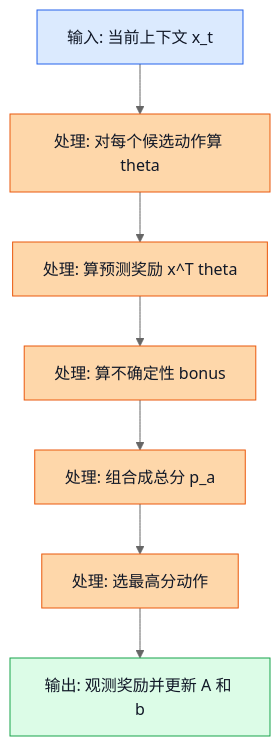
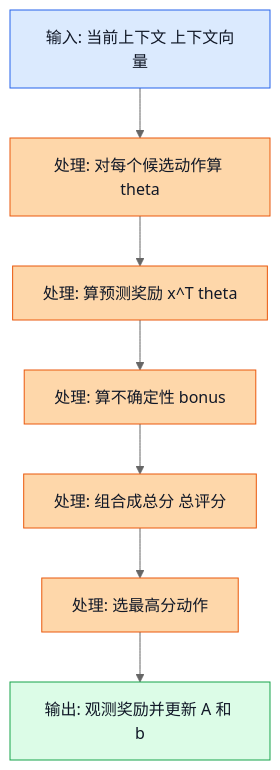
Before and after one commit to Mrphase/RL-Doc: the third of 6 diagrams in learn/05_Contextual_Bandits.md, drawn with Mermaid (neutral theme). The commit also changed other lines of this file and 14 other files, not shown here.

First line of the commit message:
fix: clean mermaid labels in learn docs

````diff
--- a/learn/05_Contextual_Bandits.md
+++ b/learn/05_Contextual_Bandits.md
@@ -380,17 +380,17 @@
 ```mermaid
 flowchart TD
-    A[输入: 当前上下文 x_t] --> B[处理: 对每个候选动作算 theta]
+    A[输入: 当前上下文 上下文向量] --> B[处理: 对每个候选动作算 theta]
     B --> C[处理: 算预测奖励 x^T theta]
     C --> D[处理: 算不确定性 bonus]
-    D --> E[处理: 组合成总分 p_a]
+    D --> E[处理: 组合成总分 总评分]
     E --> F[处理: 选最高分动作]
     F --> G[输出: 观测奖励并更新 A 和 b]
 
     classDef input fill:#dbeafe,stroke:#2563eb,color:#111827;
     classDef process fill:#fed7aa,stroke:#ea580c,color:#111827;
     classDef output fill:#dcfce7,stroke:#16a34a,color:#111827;
 
     class A input
     class B,C,D,E,F process
     class G output
 ```
````
